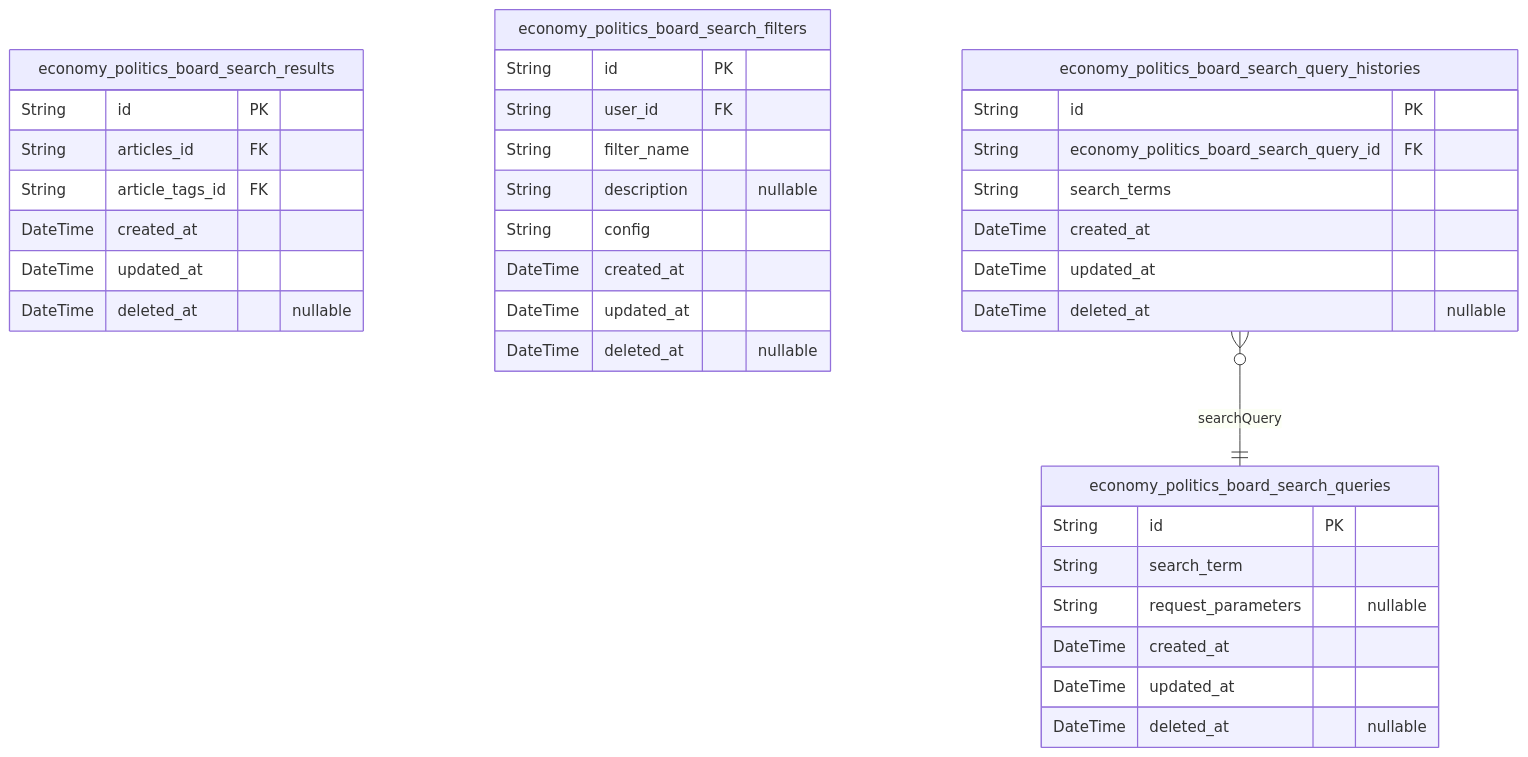
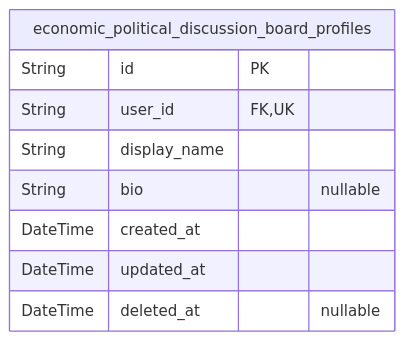
One commit to wrtnlabs/autobe-examples changed the sixth of 6 diagrams in qwen/qwen3-30b-a3b-thinking-2507/bbs/docs/ERD.md. Above: the diagram before and after it, drawn with Mermaid. The commit also changed other lines of this file and 25939 other files, not shown here.

````diff
--- a/qwen/qwen3-30b-a3b-thinking-2507/bbs/docs/ERD.md
+++ b/qwen/qwen3-30b-a3b-thinking-2507/bbs/docs/ERD.md
@@ -696,38 +570,12 @@
 ```mermaid
 erDiagram
-"economy_politics_board_search_queries" {
+"economic_political_discussion_board_profiles" {
   String id PK
-  String search_term
-  String request_parameters "nullable"
+  String user_id FK,UK
+  String display_name
+  String bio "nullable"
   DateTime created_at
   DateTime updated_at
   DateTime deleted_at "nullable"
 }
-"economy_politics_board_search_results" {
-  String id PK
-  String articles_id FK
-  String article_tags_id FK
-  DateTime created_at
-  DateTime updated_at
-  DateTime deleted_at "nullable"
-}
-"economy_politics_board_search_filters" {
-  String id PK
-  String user_id FK
-  String filter_name
-  String description "nullable"
-  String config
-  DateTime created_at
-  DateTime updated_at
-  DateTime deleted_at "nullable"
-}
-"economy_politics_board_search_query_histories" {
-  String id PK
-  String economy_politics_board_search_query_id FK
-  String search_terms
-  DateTime created_at
-  DateTime updated_at
-  DateTime deleted_at "nullable"
-}
-"economy_politics_board_search_query_histories" }o--|| "economy_politics_board_search_queries" : searchQuery
 ```
````
